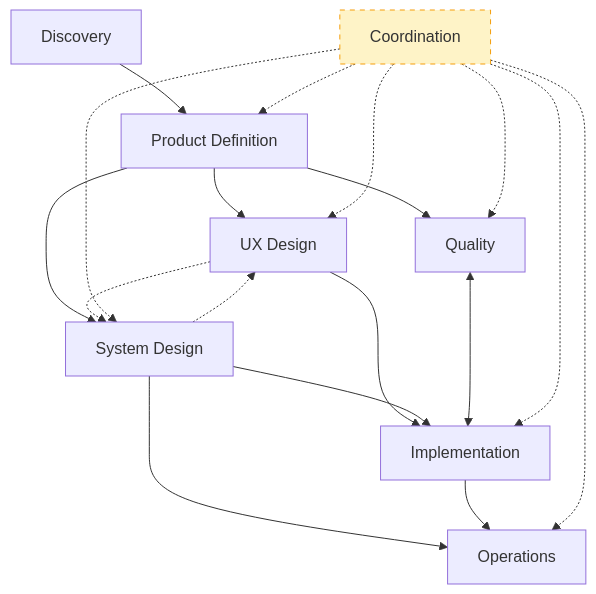
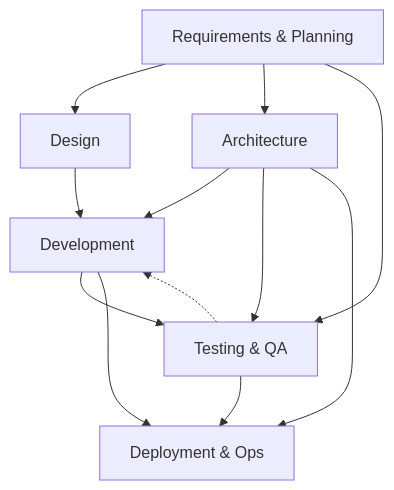
One commit to clitetailor/artifact-driven-development changed the first of 2 diagrams in reference/artifact-dep-graph.md. Above: the diagram before and after it, drawn with Mermaid. The commit also changed other lines of this file and 2 other files, not shown here.

````diff
--- a/reference/artifact-dep-graph.md
+++ b/reference/artifact-dep-graph.md
@@ -19,21 +18,14 @@
 ```mermaid
 graph TD
-    D[Discovery] --> PD[Product Definition]
-    PD --> UX[UX Design]
-    PD --> SD[System Design]
-    PD --> Q[Quality]
-    UX -.-> SD
-    SD -.-> UX
-    UX --> IMPL[Implementation]
-    SD --> IMPL
-    SD --> OPS[Operations]
-    Q <--> IMPL
-    IMPL --> OPS
-    COORD[Coordination]:::overlay -.-> PD
-    COORD -.-> UX
-    COORD -.-> SD
-    COORD -.-> Q
-    COORD -.-> IMPL
-    COORD -.-> OPS
-    classDef overlay fill:#fef3c7,stroke:#f59e0b,stroke-dasharray:5
+    REQ[Requirements & Planning] --> DES[Design]
+    REQ --> ARC[Architecture]
+    REQ --> TST[Testing & QA]
+    DES --> DEV[Development]
+    ARC --> DEV
+    ARC --> TST
+    ARC --> OPS[Deployment & Ops]
+    DEV --> TST
+    DEV --> OPS
+    TST -.-> DEV
+    TST --> OPS
 ```
````
